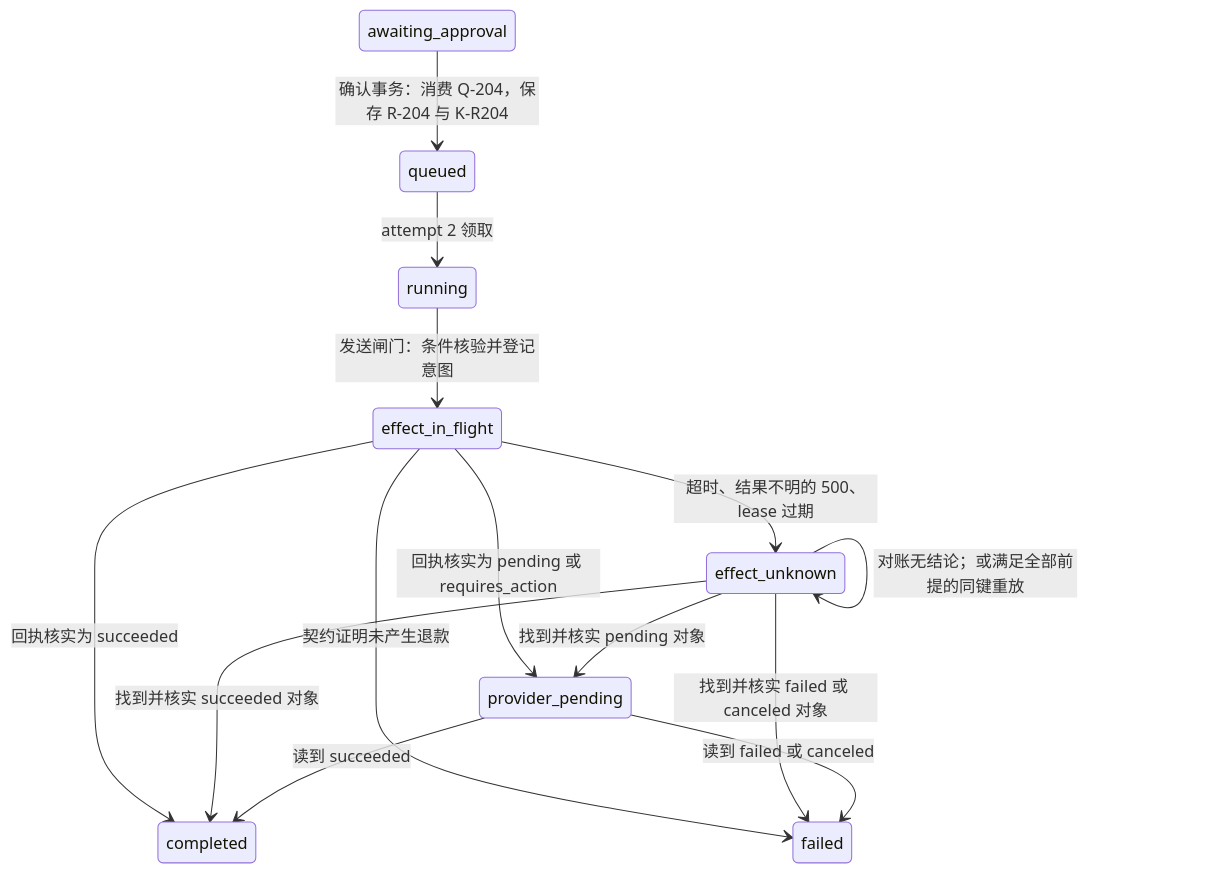
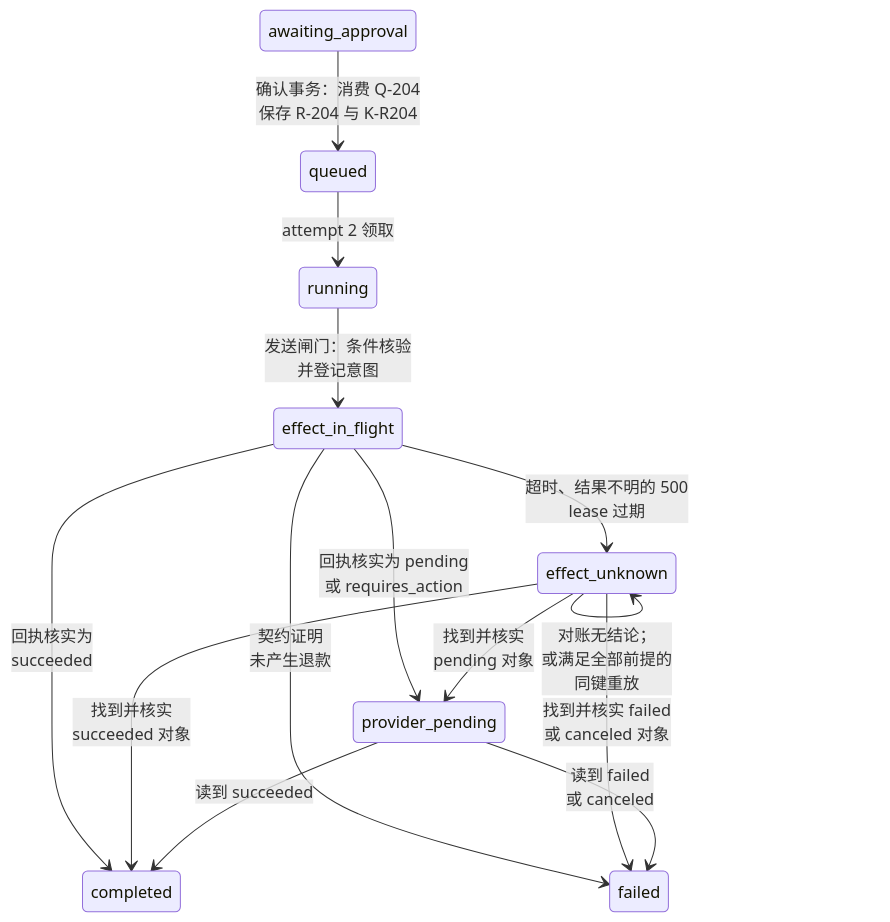
Before and after one commit to Negronii/MyNotes: the diagram in ai-engineering/runs/external-writes-and-reconciliation.md, drawn with Mermaid. The commit also changed other lines of this file and 220 other files, not shown here.

First line of the commit message:
Replace prose-heavy explanations with figures and fix existing diagrams

````diff
--- a/ai-engineering/runs/external-writes-and-reconciliation.md
+++ b/ai-engineering/runs/external-writes-and-reconciliation.md
@@ -13,16 +13,16 @@
 ```mermaid
 stateDiagram-v2
-    awaiting_approval --> queued: 确认事务：消费 Q-204，保存 R-204 与 K-R204
+    awaiting_approval --> queued: 确认事务：消费 Q-204<br/>保存 R-204 与 K-R204
     queued --> running: attempt 2 领取
-    running --> effect_in_flight: 发送闸门：条件核验并登记意图
-    effect_in_flight --> completed: 回执核实为 succeeded
-    effect_in_flight --> provider_pending: 回执核实为 pending 或 requires_action
-    effect_in_flight --> failed: 契约证明未产生退款
-    effect_in_flight --> effect_unknown: 超时、结果不明的 500、lease 过期
-    effect_unknown --> effect_unknown: 对账无结论；或满足全部前提的同键重放
-    effect_unknown --> provider_pending: 找到并核实 pending 对象
-    effect_unknown --> completed: 找到并核实 succeeded 对象
-    effect_unknown --> failed: 找到并核实 failed 或 canceled 对象
+    running --> effect_in_flight: 发送闸门：条件核验<br/>并登记意图
+    effect_in_flight --> completed: 回执核实为<br/>succeeded
+    effect_in_flight --> provider_pending: 回执核实为 pending<br/>或 requires_action
+    effect_in_flight --> effect_unknown: 超时、结果不明的 500<br/>lease 过期
+    effect_in_flight --> failed: 契约证明<br/>未产生退款
+    effect_unknown --> effect_unknown: 对账无结论；<br/>或满足全部前提的<br/>同键重放
+    effect_unknown --> provider_pending: 找到并核实<br/>pending 对象
+    effect_unknown --> completed: 找到并核实<br/>succeeded 对象
+    effect_unknown --> failed: 找到并核实 failed<br/>或 canceled 对象
     provider_pending --> completed: 读到 succeeded
-    provider_pending --> failed: 读到 failed 或 canceled
+    provider_pending --> failed: 读到 failed<br/>或 canceled
 ```
````
